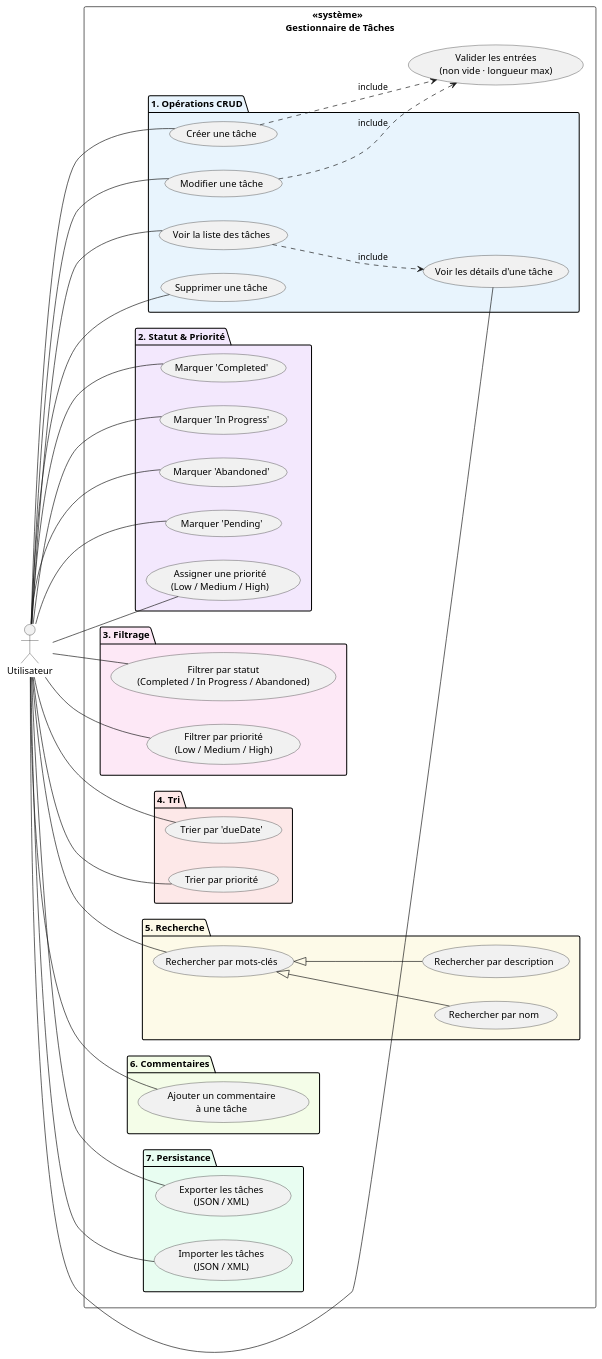
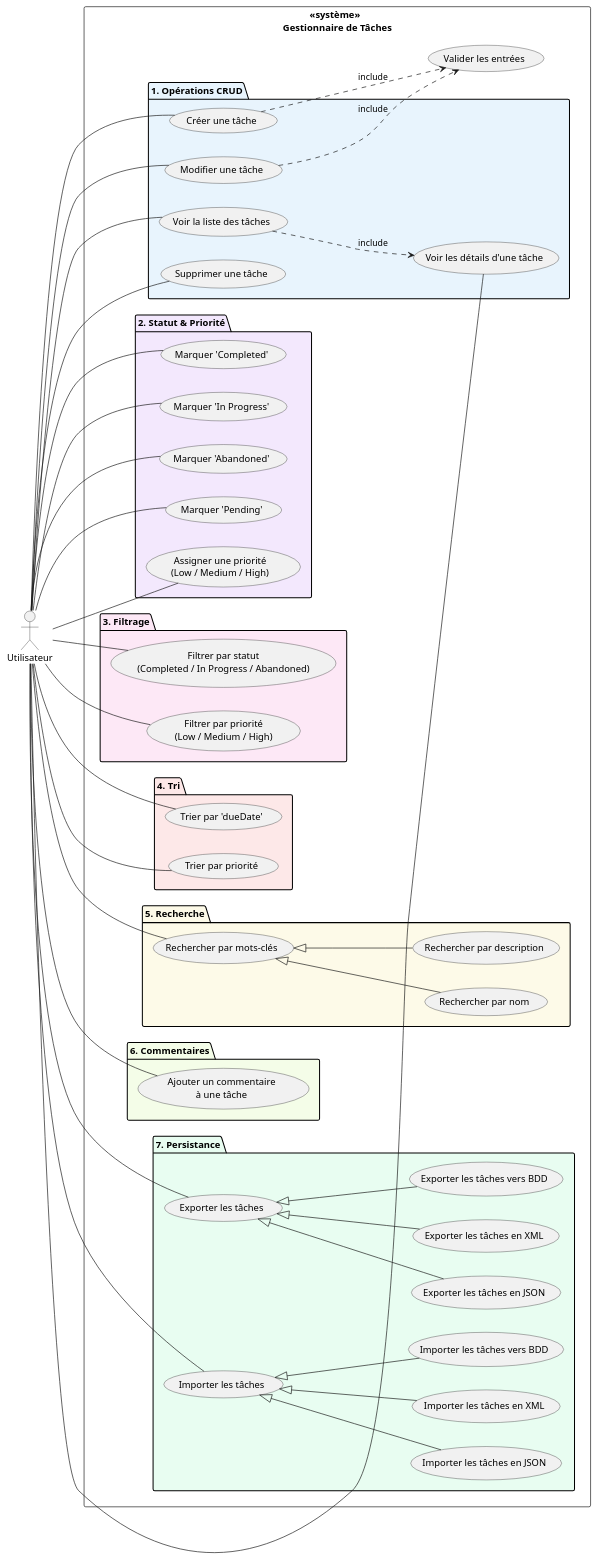
The diagram in use_case_diagram_v2.puml (Julien3556/Gestionnaire_de_taches), drawn with PlantUML before and after one commit.

Commit message:
use_case finit

```diff
--- a/use_case_diagram_v2.puml
+++ b/use_case_diagram_v2.puml
@@ -1,85 +1,99 @@
 @startuml DiagrammeCasUtilisation_GestionnaireTaches_Partie1
 left to right direction
 
 actor "Utilisateur" as User
 
 rectangle "«système»  \nGestionnaire de Tâches" {
 
     package "1. Opérations CRUD" #E8F4FD{
         usecase "Créer une tâche"              as UC_Create
         usecase "Voir la liste des tâches"     as UC_ReadList
         usecase "Voir les détails d'une tâche" as UC_ReadOne
         usecase "Modifier une tâche"           as UC_Update
         usecase "Supprimer une tâche"          as UC_Delete
     }
 
     package "2. Statut & Priorité" #f3e8fd{
         usecase "Marquer 'Completed'"   as UC_Completed
         usecase "Marquer 'In Progress'" as UC_InProgress
         usecase "Marquer 'Abandoned'"   as UC_Abandoned
         usecase "Marquer 'Pending'"     as UC_Pending
         usecase "Assigner une priorité\n(Low / Medium / High)" as UC_Priority
     }
 
     package "3. Filtrage" #fde8f6{
         usecase "Filtrer par statut\n(Completed / In Progress / Abandoned)" as UC_FilterStatus
         usecase "Filtrer par priorité\n(Low / Medium / High)"                as UC_FilterPriority
     }
 
     package "4. Tri" #fde8e8{
         usecase "Trier par 'dueDate'"  as UC_SortDate
         usecase "Trier par priorité" as UC_SortPriority
     }
 
     package "5. Recherche" #fdfae8{
         usecase "Rechercher par mots-clés" as UC_Search
         usecase "Rechercher par nom" as UC_Search_Name
         usecase "Rechercher par description" as UC_Search_Description
     }
 
     package "6. Commentaires" #f4fde8{
         usecase "Ajouter un commentaire\nà une tâche" as UC_Comment
     }
 
     package "7. Persistance" #e8fdf1{
-        usecase "Exporter les tâches\n(JSON / XML)" as UC_Export
-        usecase "Importer les tâches\n(JSON / XML)" as UC_Import
+        usecase "Exporter les tâches" as UC_Export
+        usecase "Exporter les tâches en JSON" as UC_Export_JSON
+        usecase "Exporter les tâches en XML" as UC_Export_XML
+        usecase "Exporter les tâches vers BDD" as UC_Export_BDD
+
+        usecase "Importer les tâches" as UC_Import
+        usecase "Importer les tâches en JSON" as UC_Import_JSON
+        usecase "Importer les tâches en XML" as UC_Import_XML
+        usecase "Importer les tâches vers BDD" as UC_Import_BDD
     }
 
-    usecase "Valider les entrées\n(non vide · longueur max)" as UC_Validate
+    usecase "Valider les entrées" as UC_Validate
 }
 
 User -- UC_Create
 User -- UC_ReadList
 User -- UC_ReadOne
 User -- UC_Update
 User -- UC_Delete
 
 User -- UC_Completed
 User -- UC_InProgress
 User -- UC_Abandoned
 User -- UC_Pending
 User -- UC_Priority
 
 User -- UC_FilterStatus
 User -- UC_FilterPriority
 
 User -- UC_SortDate
 User -- UC_SortPriority
 
 User -- UC_Search
 UC_Search <|-- UC_Search_Name
 UC_Search <|-- UC_Search_Description
 
 User -- UC_Comment
 
 User -- UC_Export
+UC_Export <|-- UC_Export_JSON
+UC_Export <|-- UC_Export_XML
+UC_Export <|-- UC_Export_BDD
+
 User -- UC_Import
+UC_Import <|-- UC_Import_JSON
+UC_Import <|-- UC_Import_XML
+UC_Import <|-- UC_Import_BDD
 
 UC_Create  ..> UC_Validate : «include»
 UC_Update  ..> UC_Validate : «include»
 
 UC_ReadList ..> UC_ReadOne : «include»
 
 
 @enduml
```
